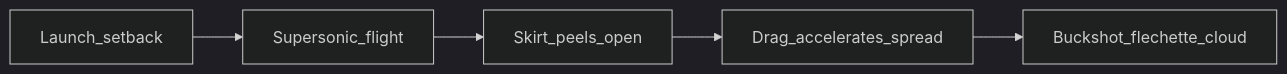
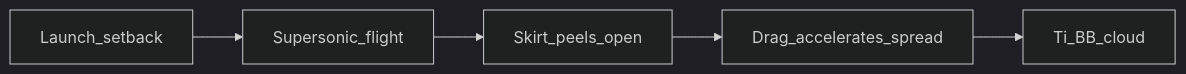
One commit to FratresMedAI/MFKS-Kinetic-Cloud changed the diagram in docs/PUCK_RELEASE.md. Above: the diagram before and after it, drawn with Mermaid (dark theme). The commit also changed other lines of this file and 36 other files, not shown here.

````diff
--- a/docs/PUCK_RELEASE.md
+++ b/docs/PUCK_RELEASE.md
@@ -31,7 +31,7 @@
 ```mermaid
 flowchart LR
   LAUNCH[Launch_setback] --> FLIGHT[Supersonic_flight]
   FLIGHT --> PEEL[Skirt_peels_open]
   PEEL --> DRAG[Drag_accelerates_spread]
-  DRAG --> CLOUD[Buckshot_flechette_cloud]
+  DRAG --> CLOUD[Ti_BB_cloud]
 ```
````
